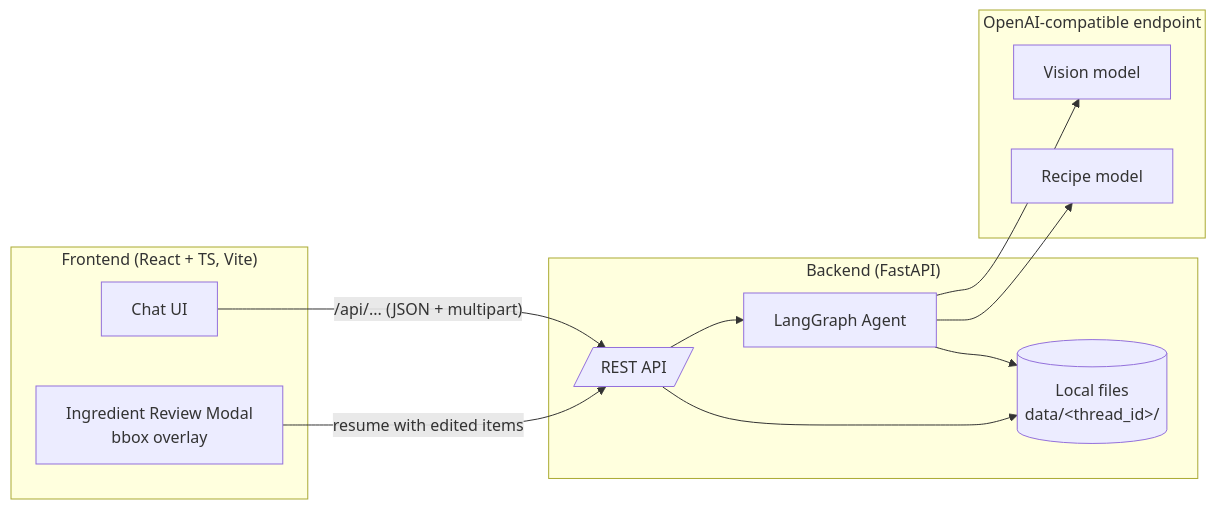
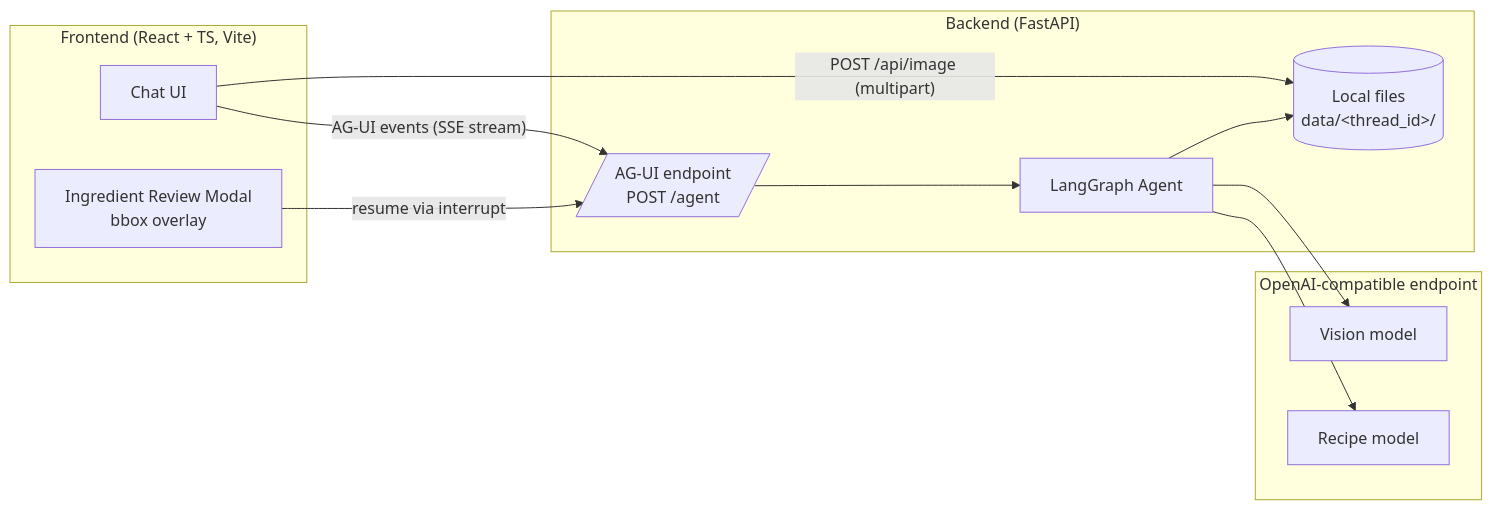
Before and after one commit to ghchen99/kitchen-copilot: the first of 3 diagrams in ARCHITECTURE.md, drawn with Mermaid. The commit also changed other lines of this file and 14 other files, not shown here.

````diff
--- a/ARCHITECTURE.md
+++ b/ARCHITECTURE.md
@@ -11,26 +11,26 @@
 ```mermaid
 flowchart LR
     subgraph Browser["Frontend (React + TS, Vite)"]
         UI[Chat UI]
         MODAL[Ingredient Review Modal<br/>bbox overlay]
     end
 
     subgraph Server["Backend (FastAPI)"]
-        API[/REST API/]
+        AGUI[/AG-UI endpoint<br/>POST /agent/]
         GRAPH[LangGraph Agent]
         FILES[(Local files<br/>data/&lt;thread_id&gt;/)]
     end
 
     subgraph AI["OpenAI-compatible endpoint"]
         VISION[Vision model]
         RECIPE[Recipe model]
     end
 
-    UI -- "/api/... (JSON + multipart)" --> API
-    MODAL -- "resume with edited items" --> API
-    API --> GRAPH
+    UI -- "AG-UI events (SSE stream)" --> AGUI
+    MODAL -- "resume via interrupt" --> AGUI
+    UI -- "POST /api/image (multipart)" --> FILES
+    AGUI --> GRAPH
     GRAPH --> VISION
     GRAPH --> RECIPE
     GRAPH --> FILES
-    API --> FILES
 ```
````
